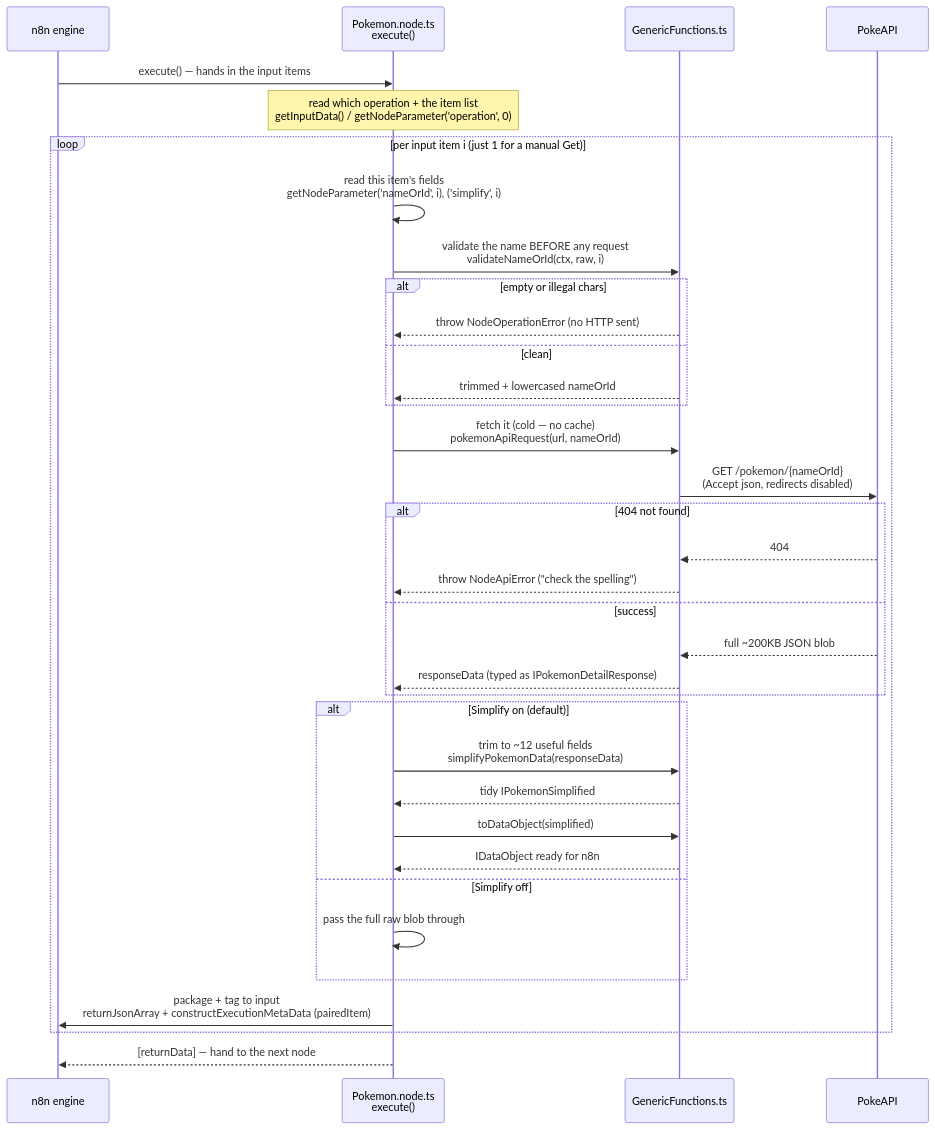
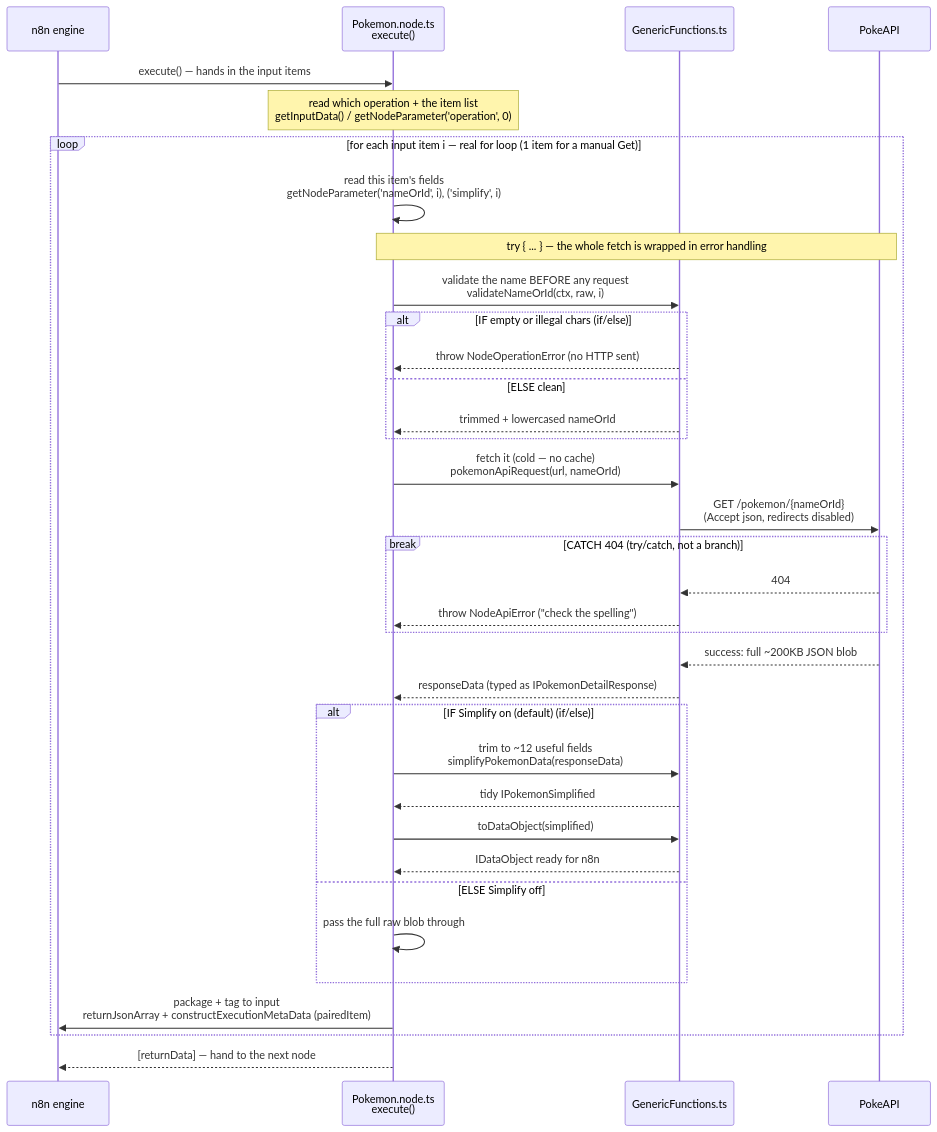
The seventh of 8 diagrams in docs/CODING-DEBRIEF.md (colabug/n8n), drawn with Mermaid before and after one commit. The commit also changed other lines of this file, not shown here.

First line of the commit message:
docs: correct the for-loop framing and distinguish if/else from try/catch

````diff
--- a/docs/CODING-DEBRIEF.md
+++ b/docs/CODING-DEBRIEF.md
@@ -297,38 +305,38 @@
 ```mermaid
 sequenceDiagram
     participant n8n as n8n engine
     participant Node as Pokemon.node.ts<br/>execute()
     participant GF as GenericFunctions.ts
     participant API as PokeAPI
 
     n8n->>Node: execute() — hands in the input items
     Note over Node: read which operation + the item list<br/>getInputData() / getNodeParameter('operation', 0)
-    loop per input item i (just 1 for a manual Get)
+    loop for each input item i — real for loop (1 item for a manual Get)
         Node->>Node: read this item's fields<br/>getNodeParameter('nameOrId', i), ('simplify', i)
+        Note over Node,API: try { ... } — the whole fetch is wrapped in error handling
         Node->>GF: validate the name BEFORE any request<br/>validateNameOrId(ctx, raw, i)
-        alt empty or illegal chars
+        alt IF empty or illegal chars (if/else)
             GF-->>Node: throw NodeOperationError (no HTTP sent)
-        else clean
+        else ELSE clean
             GF-->>Node: trimmed + lowercased nameOrId
         end
         Node->>GF: fetch it (cold — no cache)<br/>pokemonApiRequest(url, nameOrId)
         GF->>API: GET /pokemon/{nameOrId}<br/>(Accept json, redirects disabled)
-        alt 404 not found
+        break CATCH 404 (try/catch, not a branch)
             API-->>GF: 404
             GF-->>Node: throw NodeApiError ("check the spelling")
-        else success
-            API-->>GF: full ~200KB JSON blob
-            GF-->>Node: responseData (typed as IPokemonDetailResponse)
         end
-        alt Simplify on (default)
+        API-->>GF: success: full ~200KB JSON blob
+        GF-->>Node: responseData (typed as IPokemonDetailResponse)
+        alt IF Simplify on (default) (if/else)
             Node->>GF: trim to ~12 useful fields<br/>simplifyPokemonData(responseData)
             GF-->>Node: tidy IPokemonSimplified
             Node->>GF: toDataObject(simplified)
             GF-->>Node: IDataObject ready for n8n
-        else Simplify off
+        else ELSE Simplify off
             Node->>Node: pass the full raw blob through
         end
         Node->>n8n: package + tag to input<br/>returnJsonArray + constructExecutionMetaData (pairedItem)
     end
     Node-->>n8n: [returnData] — hand to the next node
 ```
````
